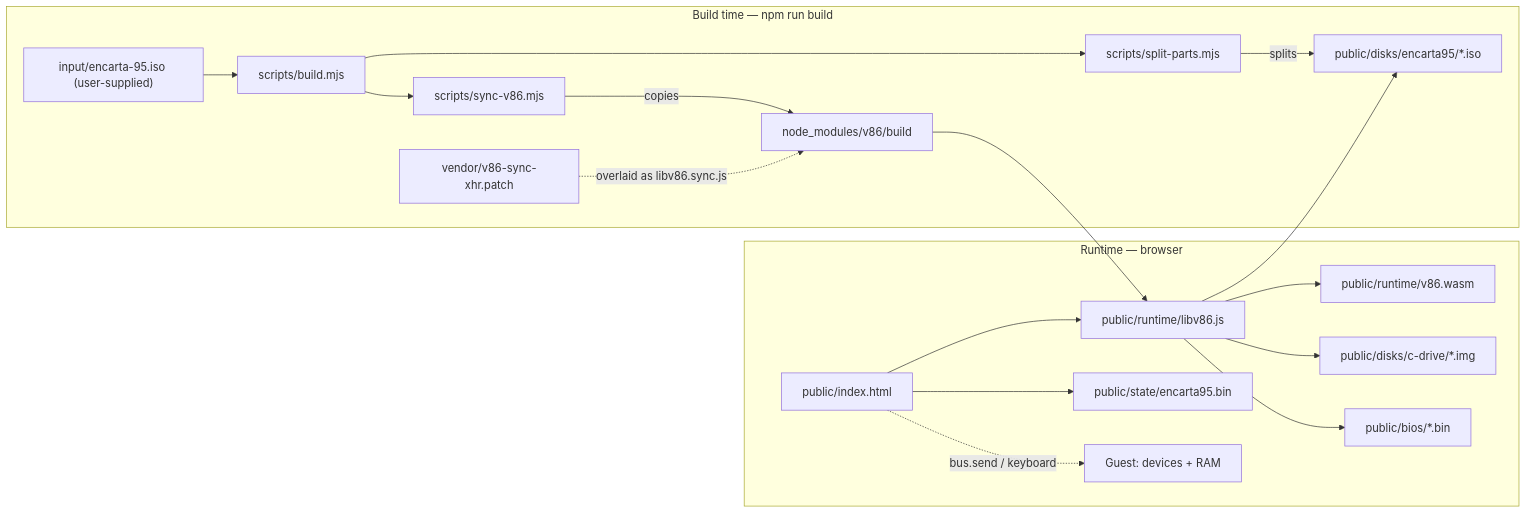
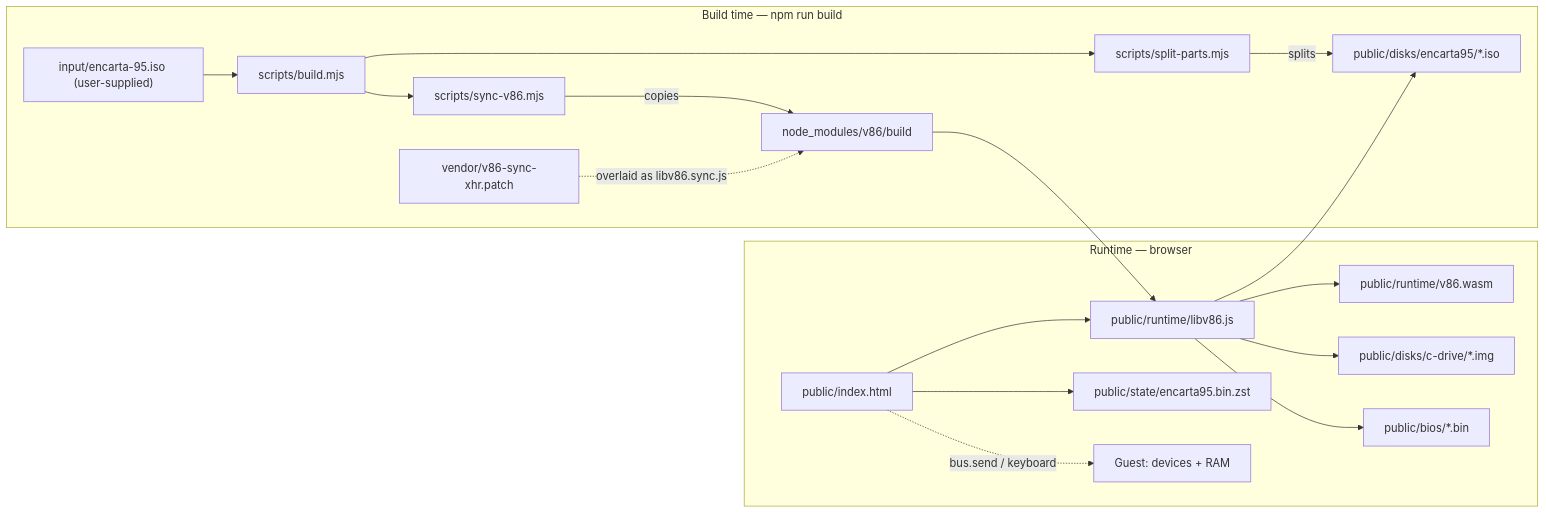
One commit to benwinding/encarta_95_web changed the second of 2 diagrams in notes/ARCHITECTURE.md. Above: the diagram before and after it, drawn with Mermaid. The commit also changed other lines of this file and 6 other files, not shown here.

````diff
--- a/notes/ARCHITECTURE.md
+++ b/notes/ARCHITECTURE.md
@@ -83,37 +83,37 @@
 ```mermaid
 flowchart LR
   ISO["input/encarta-95.iso (user-supplied)"]
   NV["node_modules/v86/build"]
   CD["public/disks/encarta95/*.iso"]
 
   subgraph BUILD["Build time — npm run build"]
     B["scripts/build.mjs"]
     SY["scripts/sync-v86.mjs"]
     SP["scripts/split-parts.mjs"]
     P["vendor/v86-sync-xhr.patch"]
     ISO --> B
     B --> SY
     B --> SP
     SY -->|copies| NV
     P -.->|overlaid as libv86.sync.js| NV
     SP -->|splits| CD
   end
 
   subgraph RUNTIME["Runtime — browser"]
     HTML["public/index.html"]
     LIB["public/runtime/libv86.js"]
     WASM["public/runtime/v86.wasm"]
-    SNAP["public/state/encarta95.bin"]
+    SNAP["public/state/encarta95.bin.zst"]
     HD["public/disks/c-drive/*.img"]
     BIOS["public/bios/*.bin"]
     G["Guest: devices + RAM"]
     HTML --> LIB --> WASM
     HTML --> SNAP
     LIB --> HD
     LIB --> CD
     LIB --> BIOS
     HTML -.->|bus.send / keyboard| G
   end
 
   NV --> LIB
 ```
````
